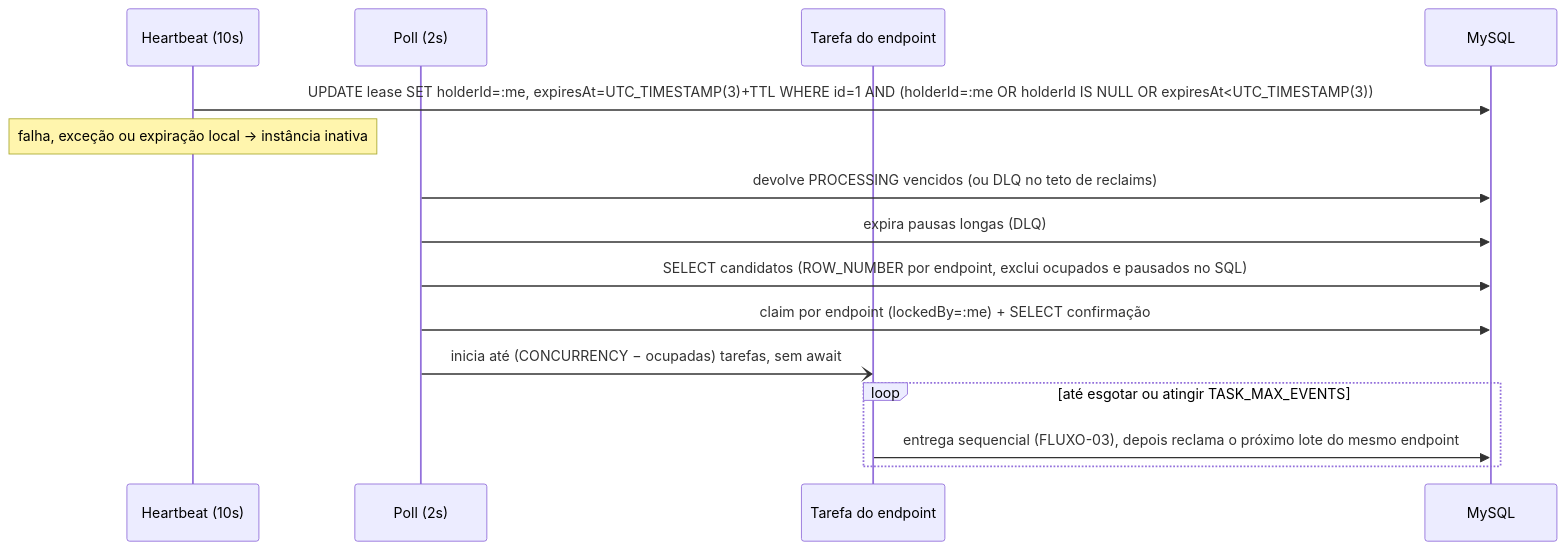
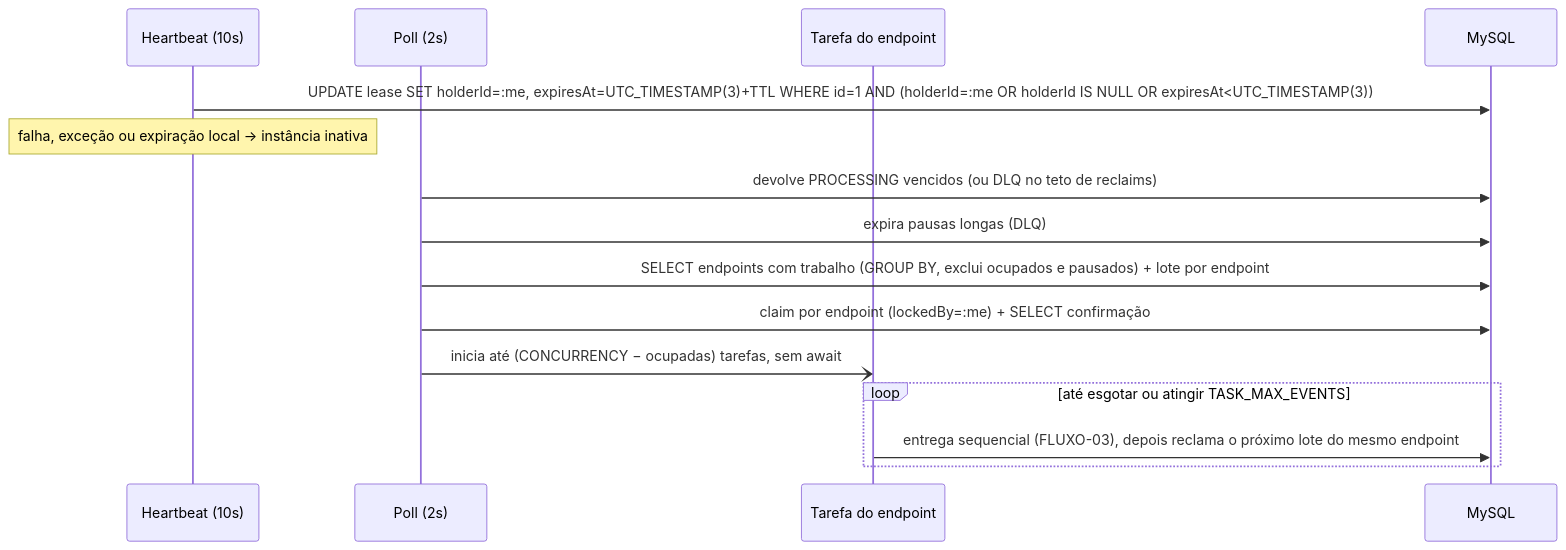
One commit to jeancsbnu/mba-ia-desafio-design-docs-com-ia changed the second of 4 diagrams in docs/FDD.md. Above: the diagram before and after it, drawn with Mermaid. The commit also changed other lines of this file and 12 other files, not shown here.

````diff
--- a/docs/FDD.md
+++ b/docs/FDD.md
@@ -294,17 +295,17 @@
 ```mermaid
 sequenceDiagram
   participant H as Heartbeat (10s)
   participant P as Poll (2s)
   participant T as Tarefa do endpoint
   participant DB as MySQL
   H->>DB: UPDATE lease SET holderId=:me, expiresAt=UTC_TIMESTAMP(3)+TTL WHERE id=1 AND (holderId=:me OR holderId IS NULL OR expiresAt<UTC_TIMESTAMP(3))
   Note over H: falha, exceção ou expiração local → instância inativa
   P->>DB: devolve PROCESSING vencidos (ou DLQ no teto de reclaims)
   P->>DB: expira pausas longas (DLQ)
-  P->>DB: SELECT candidatos (ROW_NUMBER por endpoint, exclui ocupados e pausados no SQL)
+  P->>DB: SELECT endpoints com trabalho (GROUP BY, exclui ocupados e pausados) + lote por endpoint
   P->>DB: claim por endpoint (lockedBy=:me) + SELECT confirmação
   P-)T: inicia até (CONCURRENCY − ocupadas) tarefas, sem await
   loop até esgotar ou atingir TASK_MAX_EVENTS
     T->>DB: entrega sequencial (FLUXO-03), depois reclama o próximo lote do mesmo endpoint
   end
 ```
````
